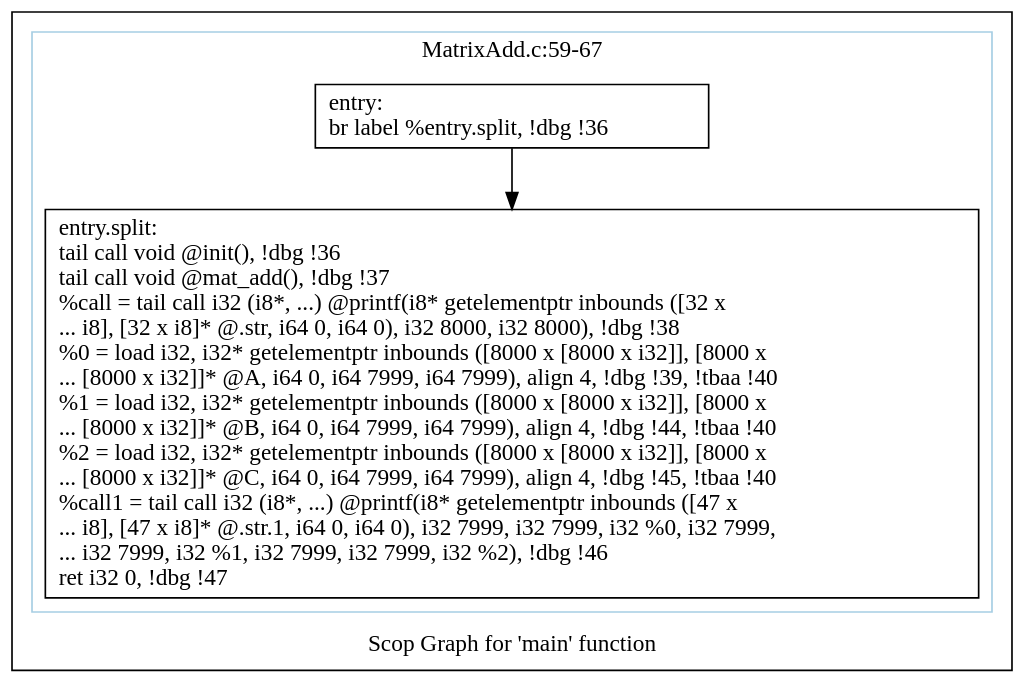
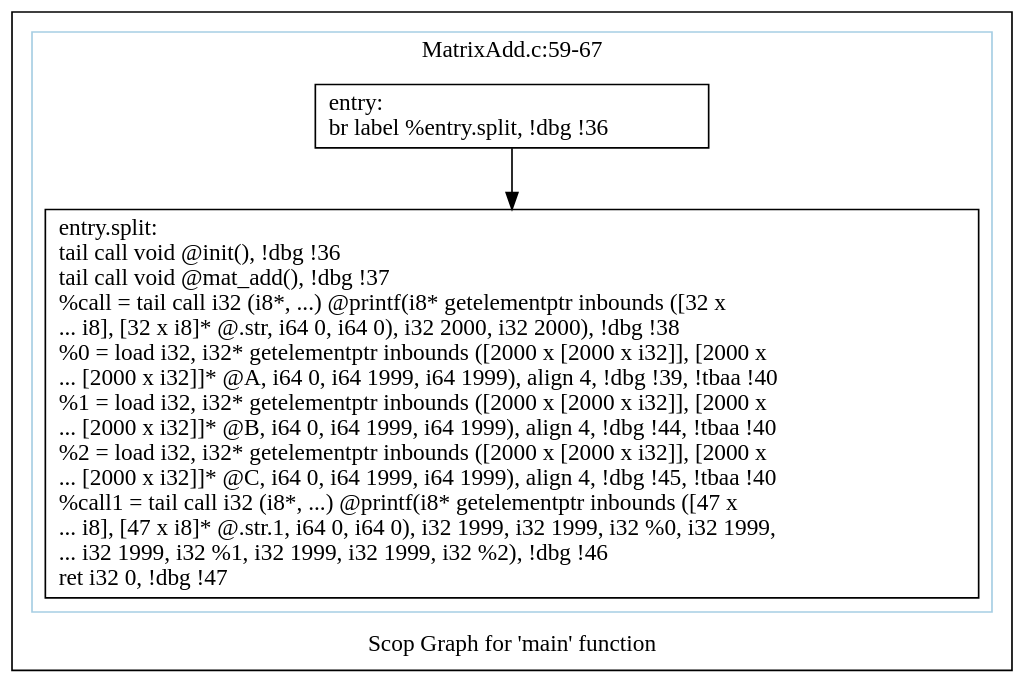
The diagram in polly/MatrixAdd/impl/handwritten/dot/scops.main.dot (samminweng/WhileyOpenCL), drawn with Graphviz before and after one commit. The commit also changed 54 other files, not shown here.

```diff
--- a/polly/MatrixAdd/impl/handwritten/dot/scops.main.dot
+++ b/polly/MatrixAdd/impl/handwritten/dot/scops.main.dot
@@ -1,16 +1,16 @@
 digraph "Scop Graph for 'main' function" {
 	label="Scop Graph for 'main' function";
 
-	Node0xa78a5b0 [shape=record,label="{entry:\l  br label %entry.split, !dbg !36\l}"];
-	Node0xa78a5b0 -> Node0xa7911b0;
-	Node0xa7911b0 [shape=record,label="{entry.split:                                      \l  tail call void @init(), !dbg !36\l  tail call void @mat_add(), !dbg !37\l  %call = tail call i32 (i8*, ...) @printf(i8* getelementptr inbounds ([32 x\l... i8], [32 x i8]* @.str, i64 0, i64 0), i32 8000, i32 8000), !dbg !38\l  %0 = load i32, i32* getelementptr inbounds ([8000 x [8000 x i32]], [8000 x\l... [8000 x i32]]* @A, i64 0, i64 7999, i64 7999), align 4, !dbg !39, !tbaa !40\l  %1 = load i32, i32* getelementptr inbounds ([8000 x [8000 x i32]], [8000 x\l... [8000 x i32]]* @B, i64 0, i64 7999, i64 7999), align 4, !dbg !44, !tbaa !40\l  %2 = load i32, i32* getelementptr inbounds ([8000 x [8000 x i32]], [8000 x\l... [8000 x i32]]* @C, i64 0, i64 7999, i64 7999), align 4, !dbg !45, !tbaa !40\l  %call1 = tail call i32 (i8*, ...) @printf(i8* getelementptr inbounds ([47 x\l... i8], [47 x i8]* @.str.1, i64 0, i64 0), i32 7999, i32 7999, i32 %0, i32 7999,\l... i32 7999, i32 %1, i32 7999, i32 7999, i32 %2), !dbg !46\l  ret i32 0, !dbg !47\l}"];
+	Node0x9334b00 [shape=record,label="{entry:\l  br label %entry.split, !dbg !36\l}"];
+	Node0x9334b00 -> Node0x92ed660;
+	Node0x92ed660 [shape=record,label="{entry.split:                                      \l  tail call void @init(), !dbg !36\l  tail call void @mat_add(), !dbg !37\l  %call = tail call i32 (i8*, ...) @printf(i8* getelementptr inbounds ([32 x\l... i8], [32 x i8]* @.str, i64 0, i64 0), i32 2000, i32 2000), !dbg !38\l  %0 = load i32, i32* getelementptr inbounds ([2000 x [2000 x i32]], [2000 x\l... [2000 x i32]]* @A, i64 0, i64 1999, i64 1999), align 4, !dbg !39, !tbaa !40\l  %1 = load i32, i32* getelementptr inbounds ([2000 x [2000 x i32]], [2000 x\l... [2000 x i32]]* @B, i64 0, i64 1999, i64 1999), align 4, !dbg !44, !tbaa !40\l  %2 = load i32, i32* getelementptr inbounds ([2000 x [2000 x i32]], [2000 x\l... [2000 x i32]]* @C, i64 0, i64 1999, i64 1999), align 4, !dbg !45, !tbaa !40\l  %call1 = tail call i32 (i8*, ...) @printf(i8* getelementptr inbounds ([47 x\l... i8], [47 x i8]* @.str.1, i64 0, i64 0), i32 1999, i32 1999, i32 %0, i32 1999,\l... i32 1999, i32 %1, i32 1999, i32 1999, i32 %2), !dbg !46\l  ret i32 0, !dbg !47\l}"];
 	colorscheme = "paired12"
-        subgraph cluster_0xa795bc0 {
+        subgraph cluster_0x9333110 {
           label = "MatrixAdd.c:59-67
 ";
           style = solid;
           color = 1
-          Node0xa78a5b0;
-          Node0xa7911b0;
+          Node0x9334b00;
+          Node0x92ed660;
         }
 }
```
